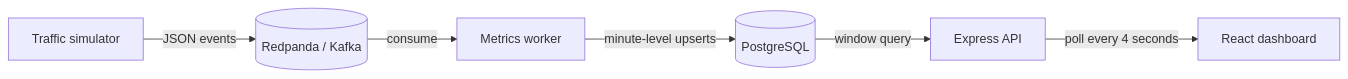
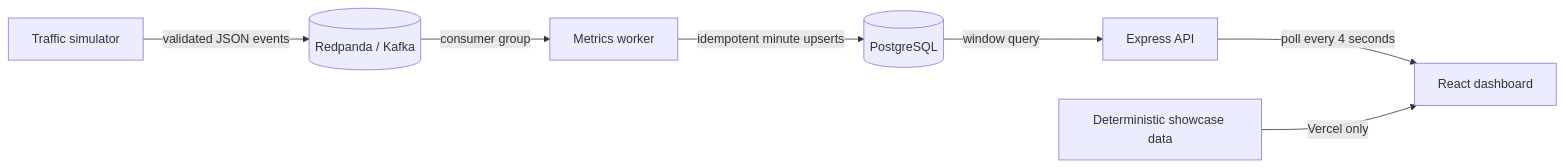
The diagram in README.md (aaryabookseller16/Stream-Sense), drawn with Mermaid before and after one commit. The commit also changed other lines of this file and 19 other files, not shown here.

````diff
--- a/README.md
+++ b/README.md
@@ -12,8 +27,9 @@
 ```mermaid
 flowchart LR
-  S[Traffic simulator] -->|JSON events| K[(Redpanda / Kafka)]
-  K -->|consume| W[Metrics worker]
-  W -->|minute-level upserts| D[(PostgreSQL)]
+  S[Traffic simulator] -->|validated JSON events| K[(Redpanda / Kafka)]
+  K -->|consumer group| W[Metrics worker]
+  W -->|idempotent minute upserts| D[(PostgreSQL)]
   D -->|window query| A[Express API]
   A -->|poll every 4 seconds| U[React dashboard]
+  F[Deterministic showcase data] -->|Vercel only| U
 ```
````
